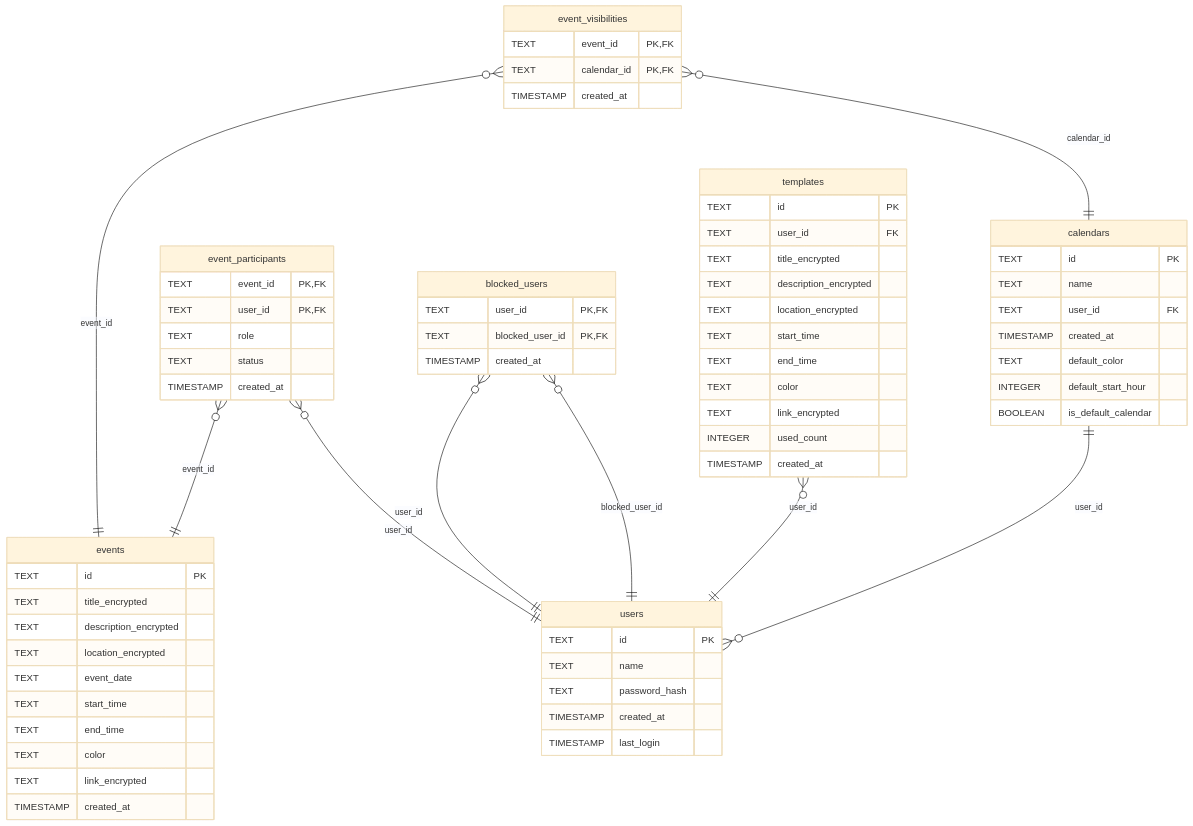
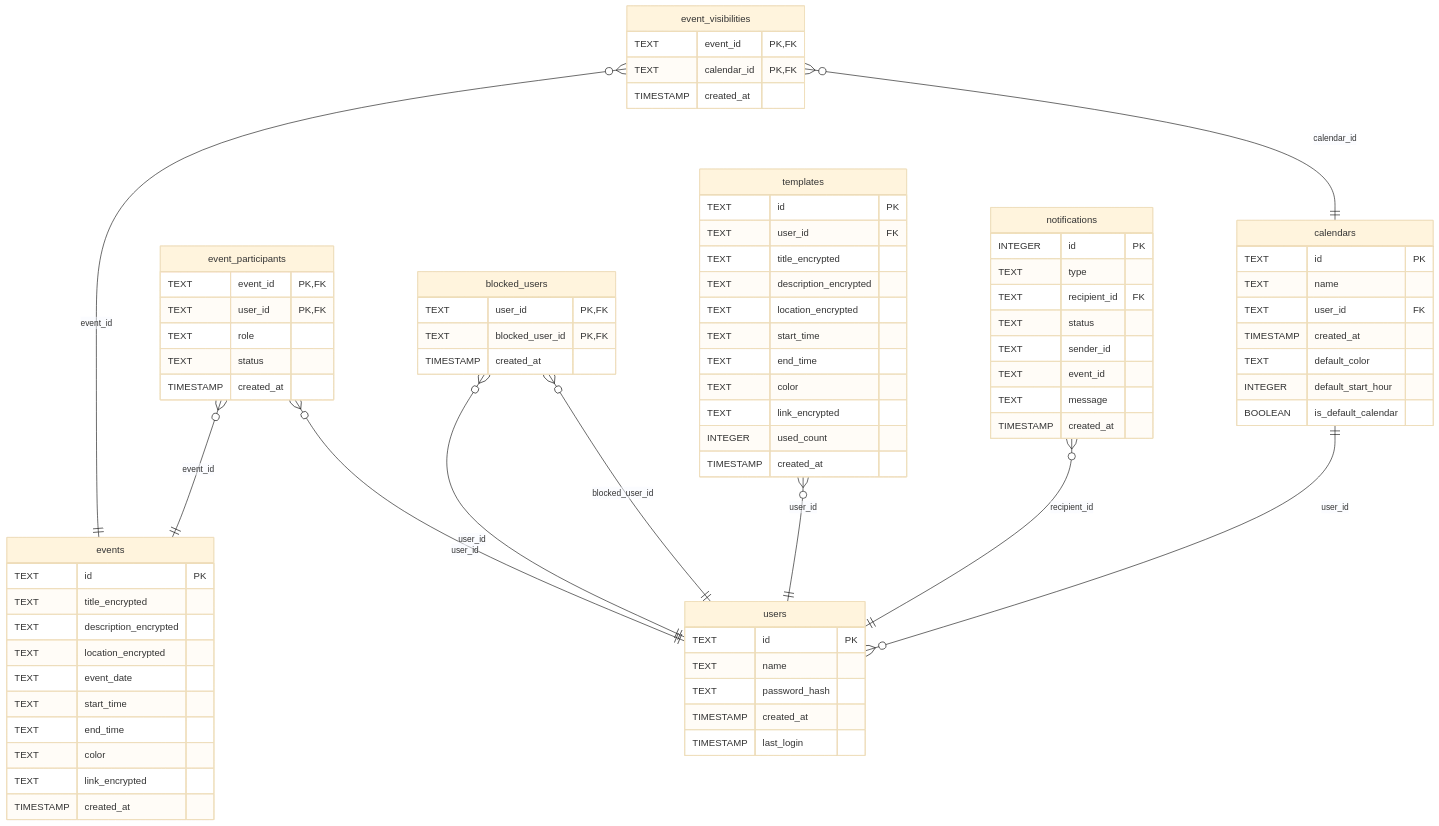
Before and after one commit to ScriptRaccoon/svalendar: the diagram in README.md, drawn with Mermaid (base theme).

Commit message:
add notifications to db diagram

````diff
--- a/README.md
+++ b/README.md
@@ -39,6 +39,7 @@
     TIMESTAMP created_at
     TIMESTAMP last_login
   }
+
   calendars {
     TEXT id PK
     TEXT name
@@ -48,7 +49,9 @@
     INTEGER default_start_hour
     BOOLEAN is_default_calendar
   }
+
   calendars ||--o{ users : "user_id"
+
   events {
     TEXT id PK
     TEXT title_encrypted
@@ -61,13 +64,17 @@
     TEXT link_encrypted
     TIMESTAMP created_at
   }
+
   event_visibilities {
     TEXT event_id PK, FK
     TEXT calendar_id PK, FK
     TIMESTAMP created_at
   }
+
   event_visibilities }o--|| events : "event_id"
+
   event_visibilities }o--|| calendars : "calendar_id"
+
   event_participants {
     TEXT event_id PK, FK
     TEXT user_id PK, FK
@@ -76,14 +83,19 @@
     TIMESTAMP created_at
   }
   event_participants }o--|| events : "event_id"
+
   event_participants }o--|| users : "user_id"
+
   blocked_users {
     TEXT user_id PK, FK
     TEXT blocked_user_id PK, FK
     TIMESTAMP created_at
   }
+
   blocked_users }o--|| users : "user_id"
+
   blocked_users }o--|| users : "blocked_user_id"
+
   templates {
     TEXT id PK
     TEXT user_id FK
@@ -97,5 +109,19 @@
     INTEGER used_count
     TIMESTAMP created_at
   }
+
   templates }o--|| users : "user_id"
+
+  notifications {
+    INTEGER id PK
+    TEXT type
+    TEXT recipient_id FK
+    TEXT status
+    TEXT sender_id
+    TEXT event_id
+    TEXT message
+    TIMESTAMP created_at
+  }
+
+  notifications }o--|| users : recipient_id
 ```
````
